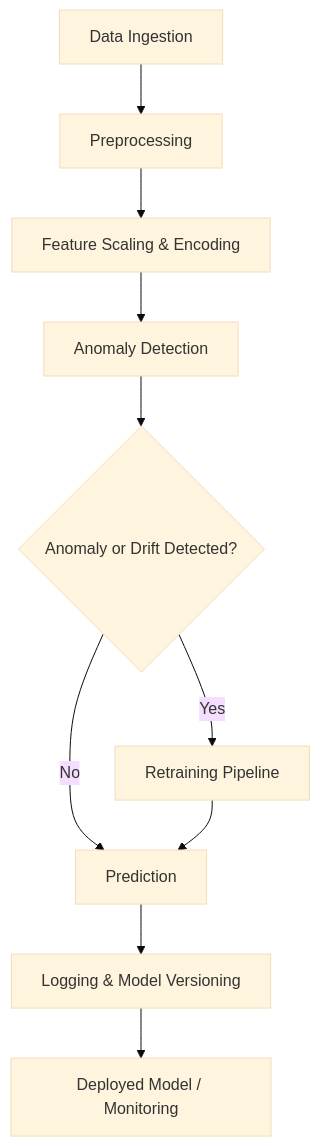
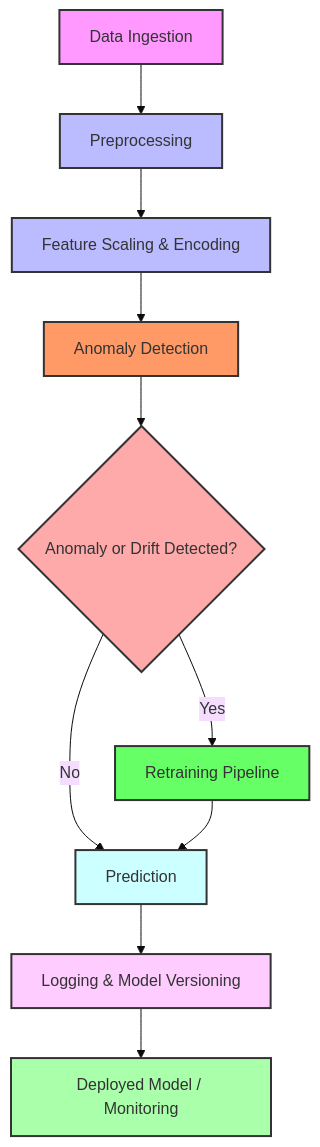
Before and after one commit to rewatevijaykumar/self-healing-ml-pipeline-for-diabetes-prediction: the diagram in README.md, drawn with Mermaid (base theme).

````diff
--- a/README.md
+++ b/README.md
@@ -28,12 +28,22 @@
 ```mermaid
 flowchart TD
     A[Data Ingestion] --> B[Preprocessing]
     B --> C[Feature Scaling & Encoding]
     C --> D[Anomaly Detection]
     D --> E{Anomaly or Drift Detected?}
     E -- No --> F[Prediction]
     E -- Yes --> G[Retraining Pipeline]
     G --> F
     F --> H[Logging & Model Versioning]
     H --> I[Deployed Model / Monitoring]
+
+    style A fill:#f9f,stroke:#333,stroke-width:2px
+    style B fill:#bbf,stroke:#333,stroke-width:2px
+    style C fill:#bbf,stroke:#333,stroke-width:2px
+    style D fill:#f96,stroke:#333,stroke-width:2px
+    style E fill:#faa,stroke:#333,stroke-width:2px
+    style G fill:#6f6,stroke:#333,stroke-width:2px
+    style F fill:#cff,stroke:#333,stroke-width:2px
+    style H fill:#fcf,stroke:#333,stroke-width:2px
+    style I fill:#afa,stroke:#333,stroke-width:2px
 ```
````
